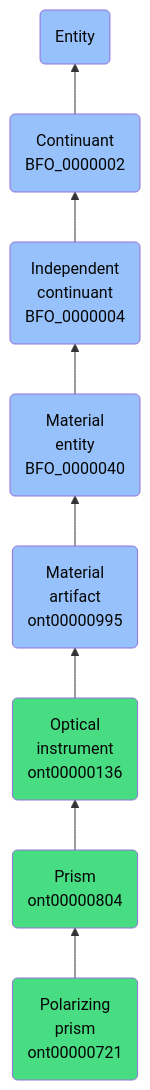
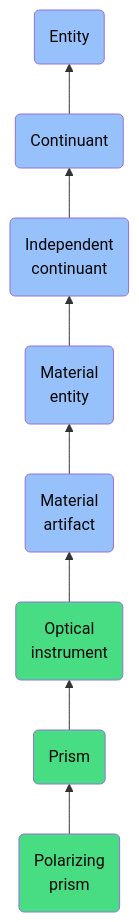
The diagram in docs/ontology/reference/model/Entity/Continuant/Independent continuant/Material entity/Material artifact/Optical instrument/Prism/Polarizing prism/Polarizing prism.md (jupyter-naas/abi), drawn with Mermaid before and after one commit. The commit also changed other lines of this file and 1430 other files, not shown here.

````diff
--- a/docs/ontology/reference/model/Entity/Continuant/Independent continuant/Material entity/Material artifact/Optical instrument/Prism/Polarizing prism/Polarizing prism.md
+++ b/docs/ontology/reference/model/Entity/Continuant/Independent continuant/Material entity/Material artifact/Optical instrument/Prism/Polarizing prism/Polarizing prism.md
@@ -24,15 +24,15 @@
 ```mermaid
 graph BT
-    ont00000721(Polarizing<br>prism<br>ont00000721):::ABI-->ont00000804
-    ont00000804(Prism<br>ont00000804):::ABI-->ont00000136
-    ont00000136(Optical<br>instrument<br>ont00000136):::ABI-->ont00000995
-    ont00000995(Material<br>artifact<br>ont00000995):::BFO-->BFO_0000040
-    BFO_0000040(Material<br>entity<br>BFO_0000040):::BFO-->BFO_0000004
-    BFO_0000004(Independent<br>continuant<br>BFO_0000004):::BFO-->BFO_0000002
-    BFO_0000002(Continuant<br>BFO_0000002):::BFO-->BFO_0000001
+    ont00000721(Polarizing<br>prism):::ABI-->ont00000804
+    ont00000804(Prism):::ABI-->ont00000136
+    ont00000136(Optical<br>instrument):::ABI-->ont00000995
+    ont00000995(Material<br>artifact):::BFO-->BFO_0000040
+    BFO_0000040(Material<br>entity):::BFO-->BFO_0000004
+    BFO_0000004(Independent<br>continuant):::BFO-->BFO_0000002
+    BFO_0000002(Continuant):::BFO-->BFO_0000001
     BFO_0000001(Entity):::BFO
     
     classDef BFO fill:#97c1fb,color:#060606
     classDef CCO fill:#e4c51e,color:#060606
     classDef ABI fill:#48DD82,color:#060606
 ```
````
